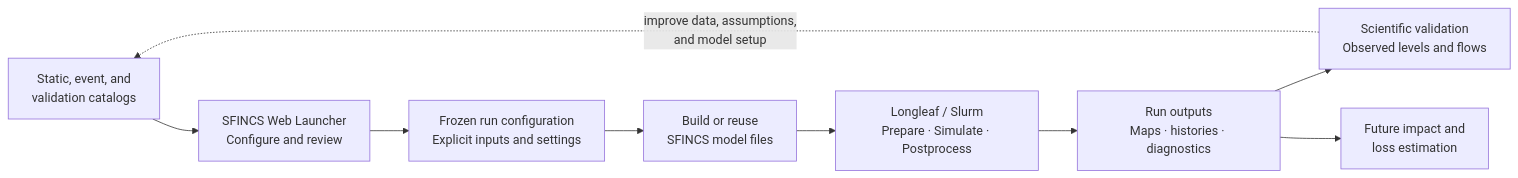
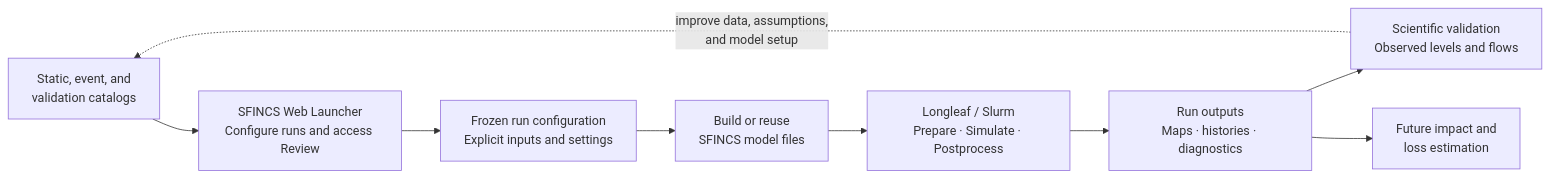
Before and after one commit to ReichenSchaller/physics-flood-pipeline: the diagram in docs/current_research.md, drawn with Mermaid. The commit also changed other lines of this file and 14 other files, not shown here.

````diff
--- a/docs/current_research.md
+++ b/docs/current_research.md
@@ -237,28 +241,28 @@
 ```mermaid
 flowchart LR
 
     DATA["Static, event, and<br/>validation catalogs"]
 
-    LAUNCHER["SFINCS Web Launcher<br/>Configure and review"]
+    LAUNCHER["SFINCS Web Launcher<br/>Configure runs and access Review"]
 
     CONFIG["Frozen run configuration<br/>Explicit inputs and settings"]
 
     BUILD["Build or reuse<br/>SFINCS model files"]
 
     SLURM["Longleaf / Slurm<br/>Prepare · Simulate · Postprocess"]
 
     OUTPUTS["Run outputs<br/>Maps · histories · diagnostics"]
 
     VALIDATE["Scientific validation<br/>Observed levels and flows"]
 
     LOSS["Future impact and<br/>loss estimation"]
 
     DATA --> LAUNCHER
     LAUNCHER --> CONFIG
     CONFIG --> BUILD
     BUILD --> SLURM
     SLURM --> OUTPUTS
     OUTPUTS --> VALIDATE
     OUTPUTS --> LOSS
     VALIDATE -.->|"improve data, assumptions,<br/>and model setup"| DATA
 ```
````
